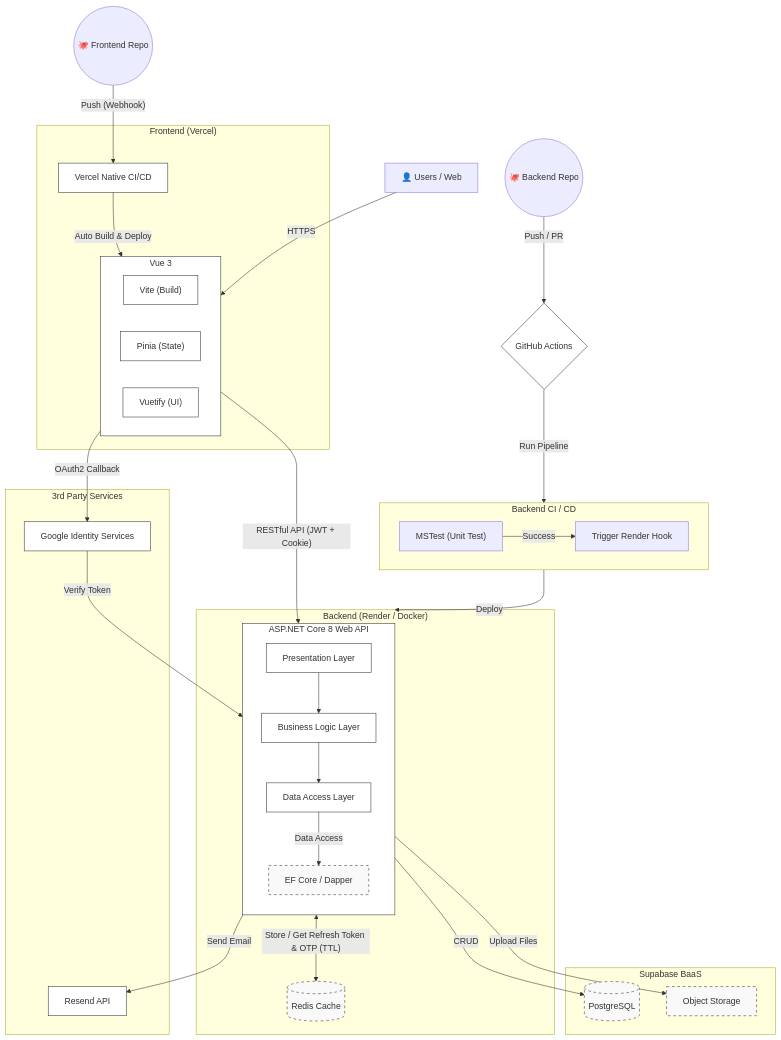
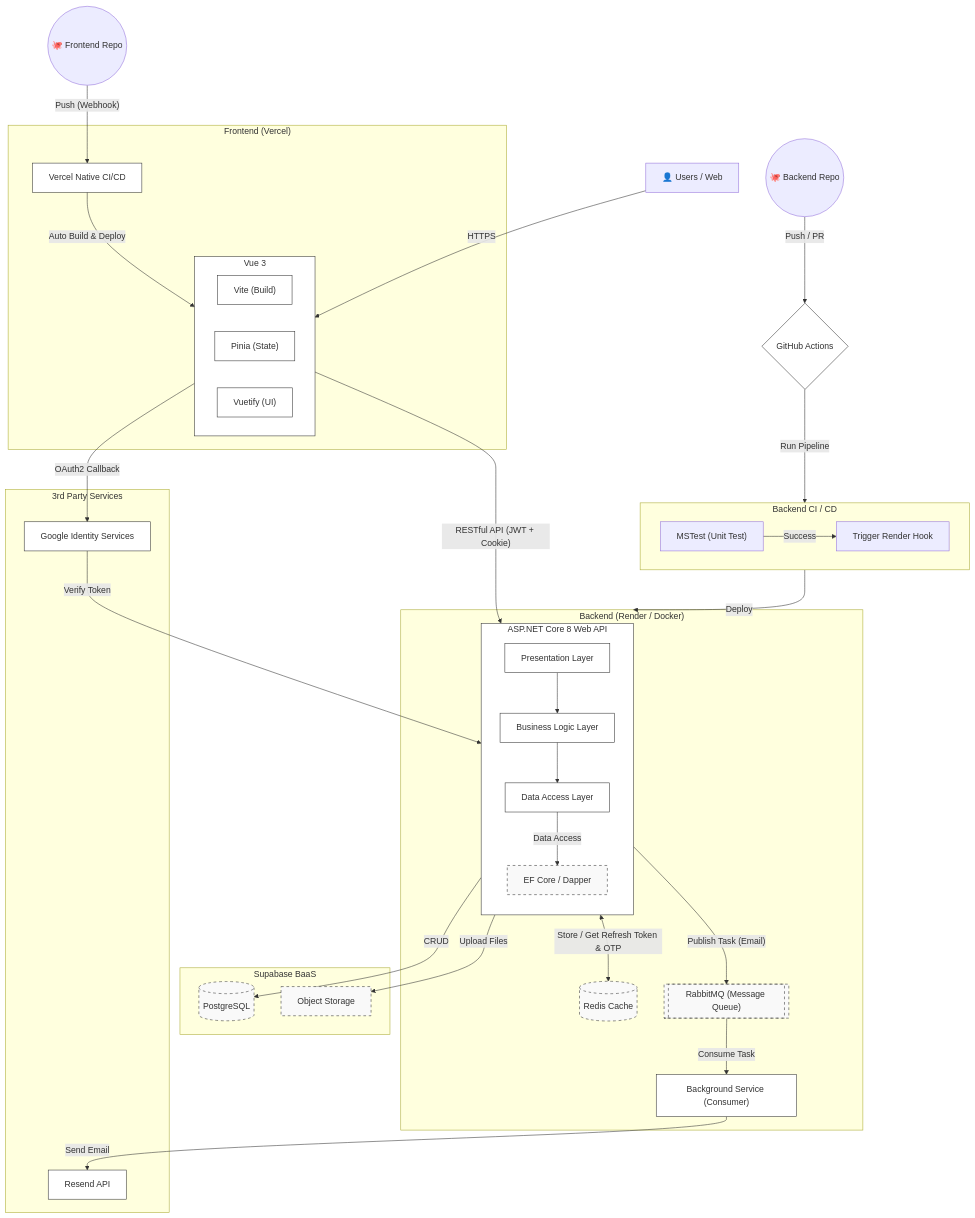
The diagram in README.md (JiaYingDai/moder-auth-api), drawn with Mermaid before and after one commit. The commit also changed other lines of this file, not shown here.

First line of the commit message:
Integrate RabbitMQ for async processing in README

````diff
--- a/README.md
+++ b/README.md
@@ -107,74 +112,78 @@
 ```mermaid
 ---
 config:
   layout: dagre
   theme: default
 ---
 flowchart TB
     User["👤 Users / Web"]
 
     subgraph Frontend_Host["Frontend (Vercel)"]
         subgraph Vue["Vue 3"]
             direction LR
             Vite["Vite (Build)"]
             Pinia["Pinia (State)"]
             Vuetify["Vuetify (UI)"]
         end
         Vercel_CI["Vercel Native CI/CD"] -- "Auto Build & Deploy" --> Vue
     end
 
     subgraph Backend_Host["Backend (Render / Docker)"]
         subgraph Clean_Arch["ASP.NET Core 8 Web API"]
             direction TB
             PL["Presentation Layer"]
             BL["Business Logic Layer"]
             DAL["Data Access Layer"]
             ORM["EF Core / Dapper"]
         end
         
         Redis[("Redis Cache")]
+        MQ[["RabbitMQ (Message Queue)"]]
+        Worker["Background Service (Consumer)"]
         
         PL --> BL --> DAL
+        BL -- "Publish Task (Email)" --> MQ
+        MQ -- "Consume Task" --> Worker
     end
 
     subgraph Supabase_BaaS["Supabase BaaS"]
         DB[("PostgreSQL")]
         Storage["Object Storage"]
     end
 
     subgraph External["3rd Party Services"]
         Email["Resend API"]
         Google["Google Identity Services"]
     end
     
     %% Git 流程分流
     GitHub_FE((🐙 Frontend Repo)) -- "Push (Webhook)" --> Vercel_CI
     GitHub_BE((🐙 Backend Repo)) -- "Push / PR" --> Actions{GitHub Actions}
     
     subgraph CI_Backend["Backend CI / CD"]
         direction LR
         Test["MSTest (Unit Test)"]
         Build_BE["Trigger Render Hook"]
         Test -- "Success" --> Build_BE
     end
     
     Actions -- "Run Pipeline" --> CI_Backend
     Build_BE -- "Deploy" --> Backend_Host
 
     %% 系統互動連線
     User -- HTTPS --> Vue
     Vue -- "RESTful API (JWT + Cookie)" --> PL
-    BL <-- "Store / Get Refresh Token & OTP (TTL)" --> Redis
+    BL <-- "Store / Get Refresh Token & OTP" --> Redis
     DAL -- "Data Access" --> ORM
     ORM -- "CRUD" --> DB
     BL -- "Upload Files" --> Storage
-    BL -- "Send Email" --> Email
+    Worker -- "Send Email" --> Email
     Vue -- "OAuth2 Callback" --> Google
     Google -- "Verify Token" --> PL
     
     classDef plain fill:#fff,stroke:#333,stroke-width:1px
     classDef db fill:#f9f9f9,stroke:#333,stroke-width:1px,stroke-dasharray: 5 5
     
-    class Vue,Clean_Arch,PL,BL,DAL,Auth,Email,Google,Vite,Pinia,Vuetify,Actions,Vercel_CI plain
-    class Redis,DB,Storage,ORM db
+    class Vue,Clean_Arch,PL,BL,DAL,Auth,Email,Google,Vite,Pinia,Vuetify,Actions,Vercel_CI,Worker plain
+    class Redis,DB,Storage,ORM,MQ db
 ```
````
